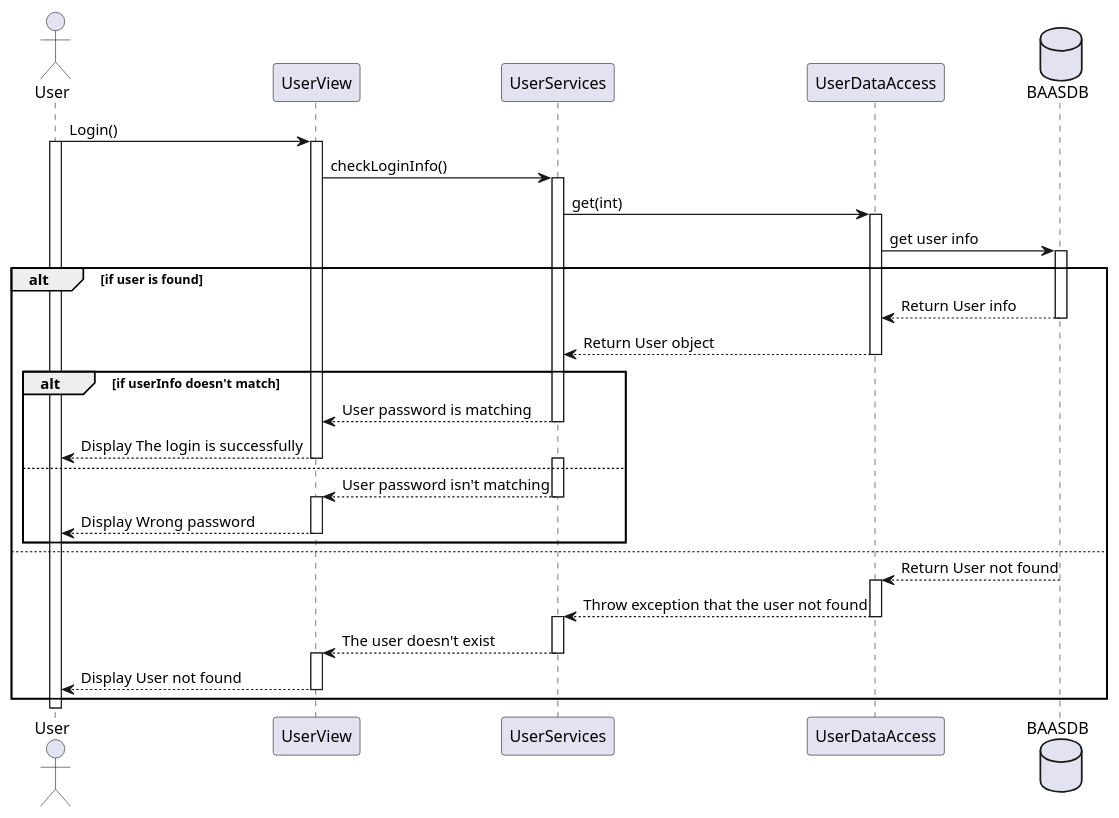
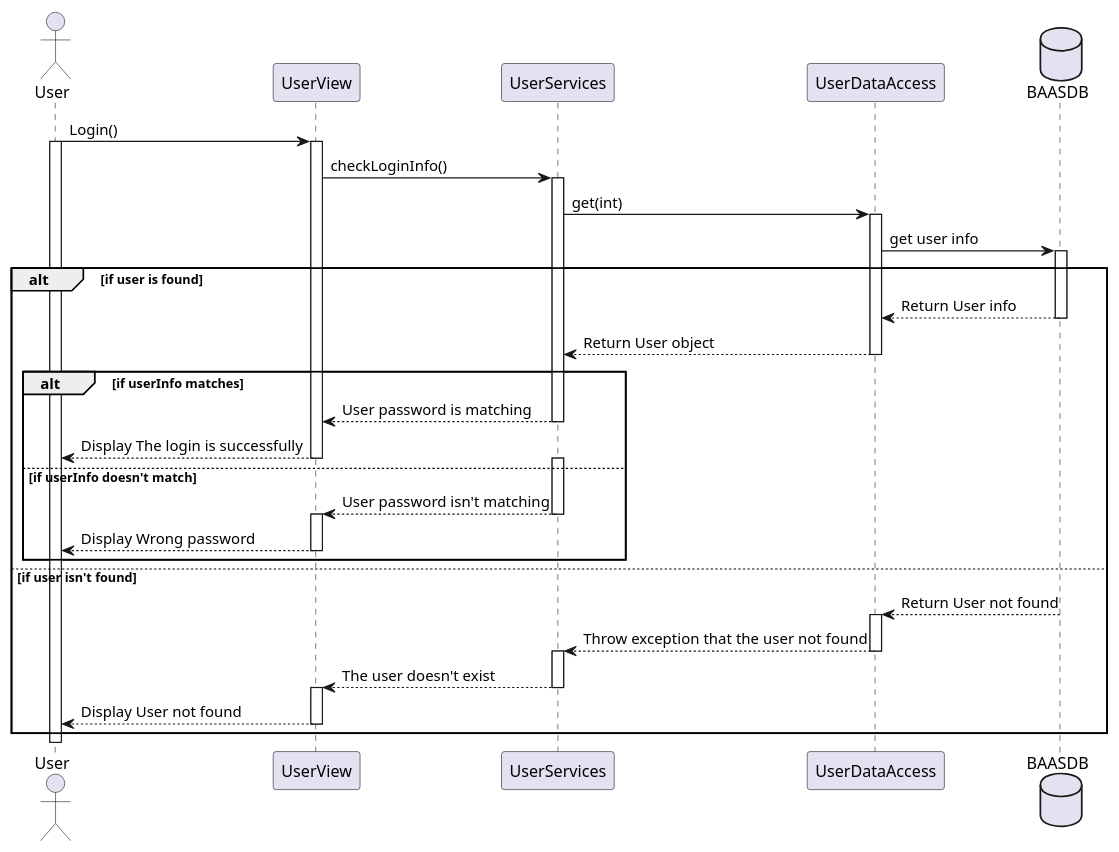
The diagram in Sequence Diagrams/pu/Login.pu (moazbasheer/BaaS_GP), drawn with PlantUML before and after one commit. The commit also changed 3 other files, not shown here.

```diff
--- a/Sequence Diagrams/pu/Login.pu
+++ b/Sequence Diagrams/pu/Login.pu
@@ -1,48 +1,48 @@
 @startuml   
   actor User  as User
   participant UserView as UserView
   participant UserServices as UserServices
   participant UserDataAccess as UserDataAccess
   database BAASDB as BaasDB
   User -> UserView : Login()
   activate User
   activate UserView
   UserView -> UserServices : checkLoginInfo()
   activate UserServices
   UserServices -> UserDataAccess : get(int)
   activate UserDataAccess
   UserDataAccess -> BaasDB : get user info
   activate BaasDB
   alt  if user is found  
     BaasDB --> UserDataAccess : Return User info 
     deactivate BaasDB
     UserDataAccess --> UserServices : Return User object
     deactivate UserDataAccess
-    alt if userInfo doesn't match
+    alt if userInfo matches
       UserServices --> UserView: User password is matching 
       deactivate UserServices
       UserView --> User : Display The login is successfully
       deactivate UserView 
-    else
+    else if userInfo doesn't match
       activate UserServices
       UserServices --> UserView: User password isn't matching 
       deactivate UserServices
       activate UserView
       UserView --> User : Display Wrong password
       deactivate UserView
     end  
-  else
+  else if user isn't found
     activate BaasDB
     BaasDB --> UserDataAccess : Return User not found 
     deactivate BaasDB
     activate UserDataAccess
     UserDataAccess --> UserServices : Throw exception that the user not found
     deactivate UserDataAccess
     activate UserServices
     UserServices --> UserView: The user doesn't exist 
     deactivate UserServices
     activate UserView
     UserView --> User : Display User not found
     deactivate UserView
   end
 @enduml
```
